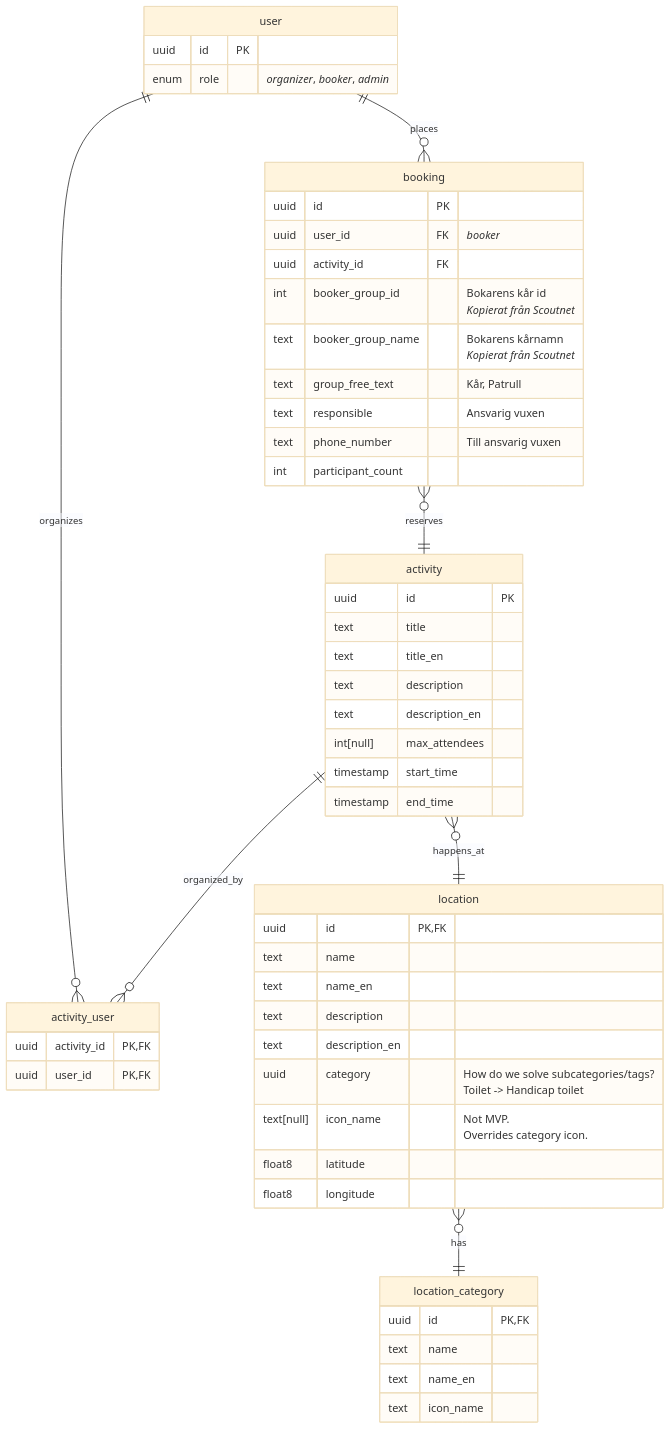
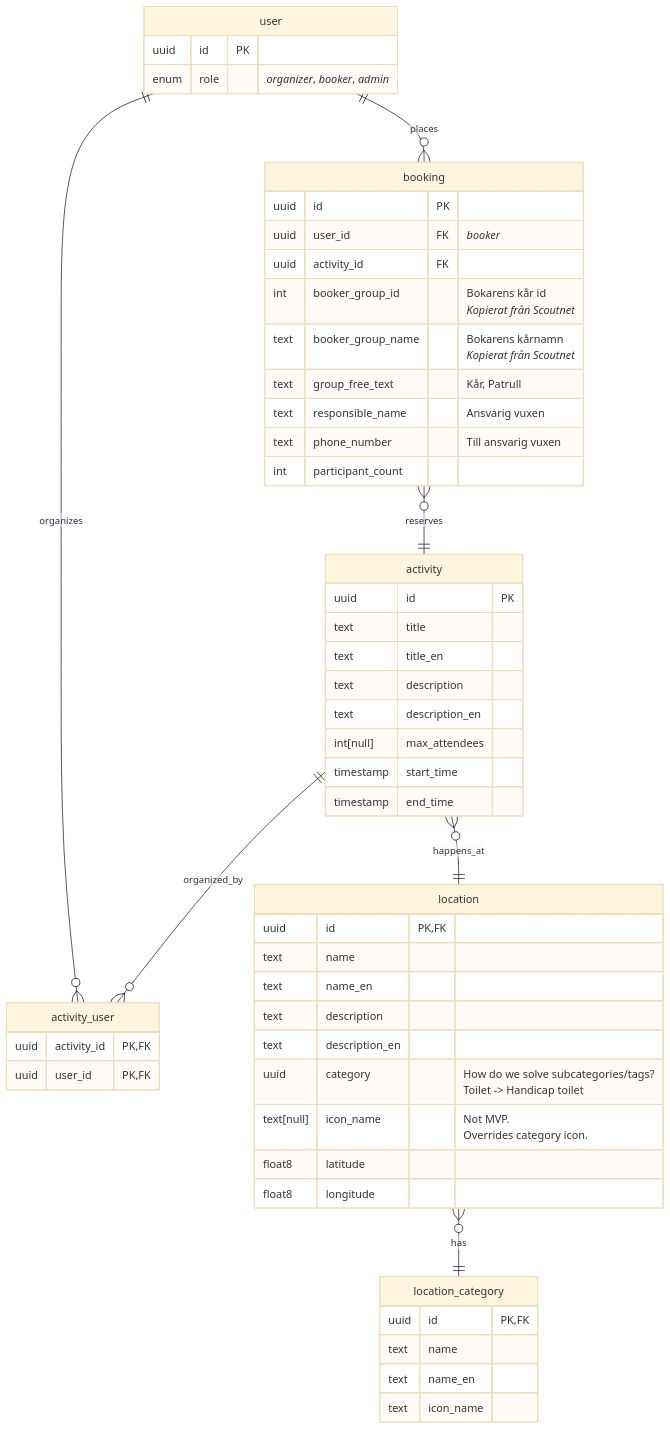
The first of 2 diagrams in server/README.md (Scouterna/j26-booking), drawn with Mermaid (base theme) before and after one commit. The commit also changed other lines of this file and 16 other files, not shown here.

````diff
--- a/server/README.md
+++ b/server/README.md
@@ -137,69 +138,69 @@
 ```mermaid
 erDiagram
 
 user {
   uuid id PK
   enum role "_organizer_, _booker_, _admin_"
 }
 
 activity {
   uuid id PK
   text title
   text title_en
   text description
   text description_en
   int[null] max_attendees
   timestamp start_time
   timestamp end_time
 }
 
 booking {
   uuid id PK
   uuid user_id FK "_booker_"
   uuid activity_id FK
   int booker_group_id "Bokarens kår id
   _Kopierat från Scoutnet_"
   text booker_group_name "Bokarens kårnamn
   _Kopierat från Scoutnet_"
   text group_free_text "Kår, Patrull"
-  text responsible "Ansvarig vuxen"
+  text responsible_name "Ansvarig vuxen"
   text phone_number "Till ansvarig vuxen"
   int participant_count
 }
 
 activity_user {
   uuid activity_id PK,FK
   uuid user_id PK,FK
 }
 
 location {
   uuid id PK,FK
   text name
   text name_en
   text description
   text description_en
   uuid category "How do we solve subcategories/tags?
   Toilet -> Handicap toilet"
   text[null] icon_name "Not MVP.
   Overrides category icon."
   float8 latitude
   float8 longitude
 }
 
 location_category {
   uuid id PK,FK
   text name
   text name_en
   text icon_name
 }
 
 activity }o--|| location : happens_at
 location }o--|| location_category : has
 
 
 activity ||--o{ activity_user : organized_by
 user ||--o{ activity_user : organizes
 
 booking }o--|| activity : reserves
 user ||--o{ booking : places
 ```
````
